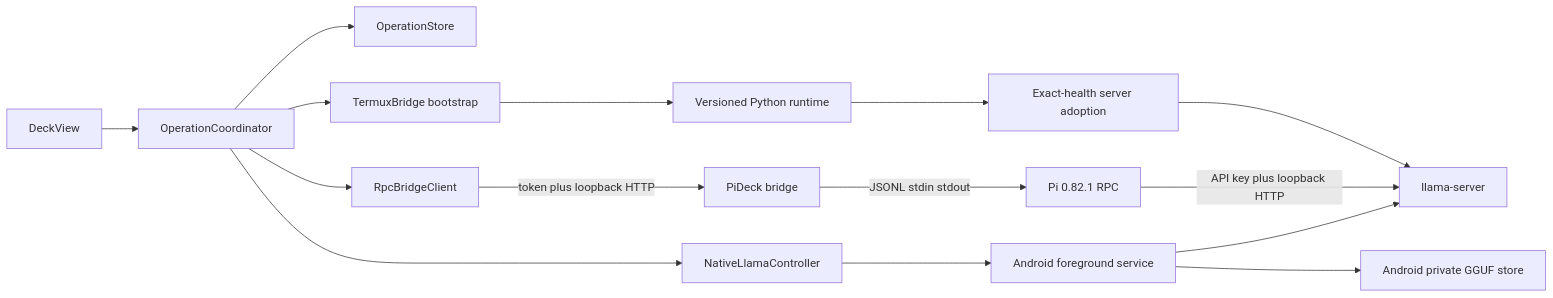
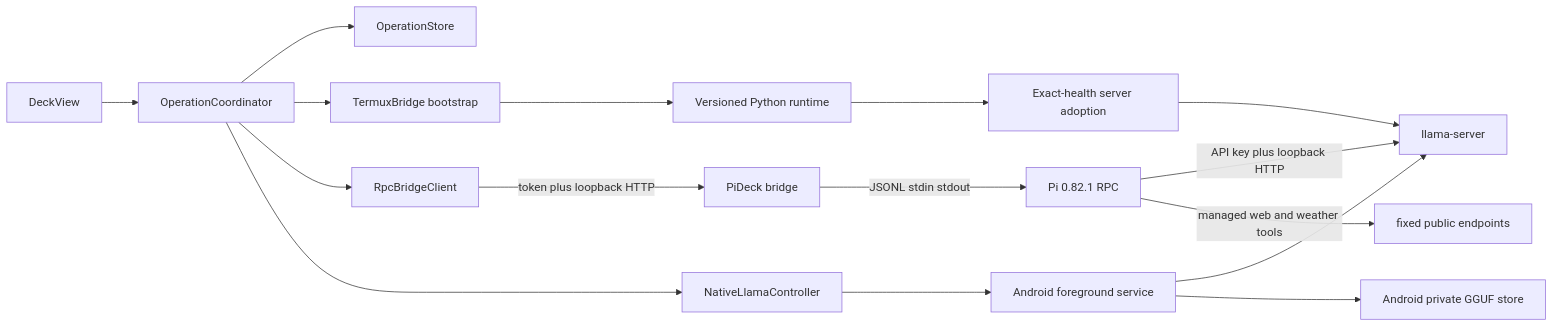
Before and after one commit to tigrohvost/pi-deck: the diagram in docs/architecture.md, drawn with Mermaid. The commit also changed other lines of this file and 57 other files, not shown here.

````diff
--- a/docs/architecture.md
+++ b/docs/architecture.md
@@ -5,17 +5,18 @@
 ```mermaid
 flowchart LR
   UI[DeckView] --> OC[OperationCoordinator]
   OC --> OS[OperationStore]
   OC --> TC[TermuxBridge bootstrap]
   OC --> RC[RpcBridgeClient]
   OC --> NC[NativeLlamaController]
   NC --> NS[Android foreground service]
   NS --> LS[llama-server b10092]
   NS --> MS[Android private GGUF store]
   TC --> RT[Versioned Python runtime]
   RC -->|token plus loopback HTTP| BR[PiDeck bridge]
   BR -->|JSONL stdin stdout| PI[Pi 0.82.1 RPC]
   PI -->|API key plus loopback HTTP| LS[llama-server]
+  PI -->|managed web and weather tools| WEB[fixed public endpoints]
   RT --> AD[Exact-health server adoption]
   AD --> LS
 ```
````
